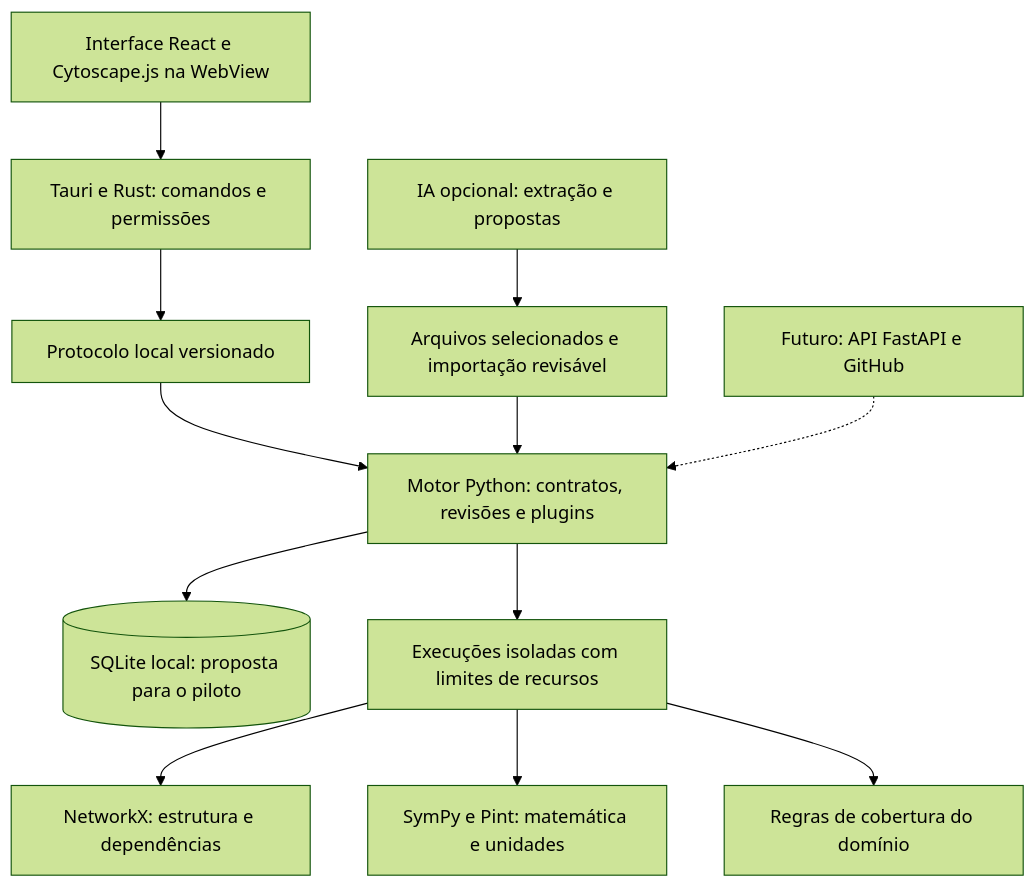
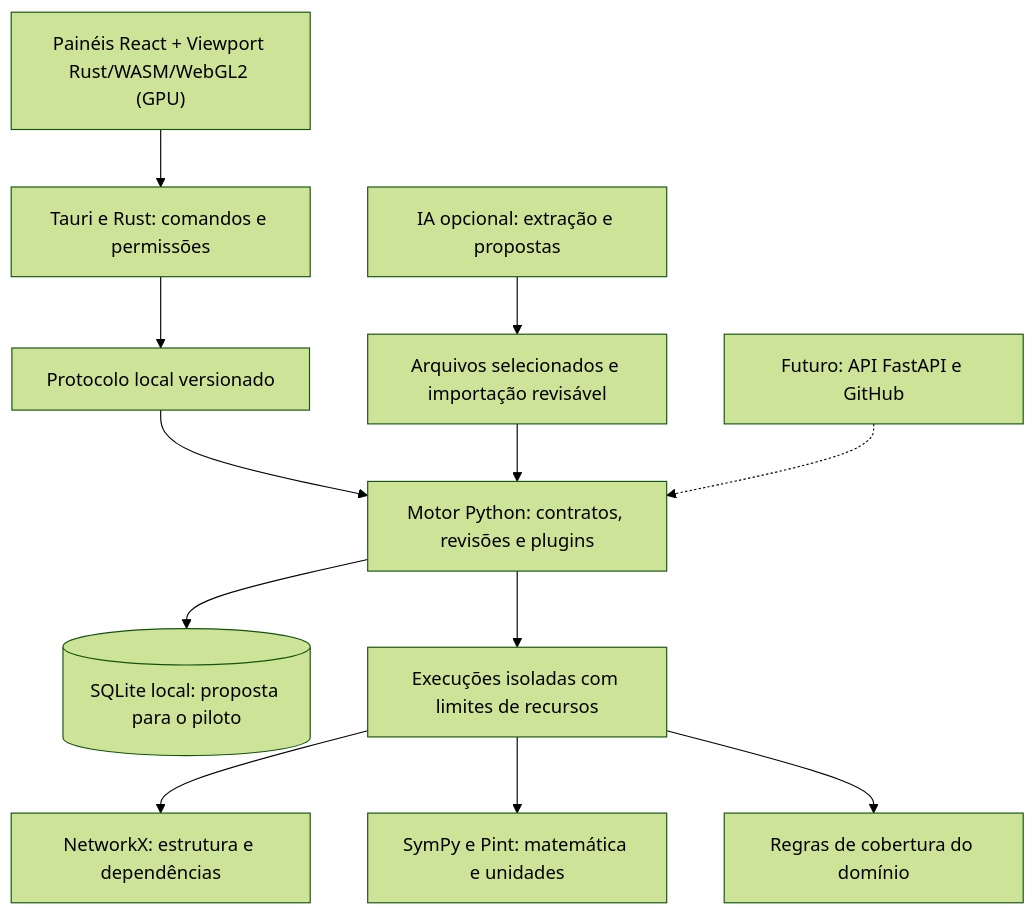
Before and after one commit to guilhermebo0510/Mathematical-Causal-Knowledge-Graph-with-Gap-Analysis: the diagram in docs/RELATORIO_INICIAL.md, drawn with Mermaid (forest theme). The commit also changed other lines of this file and 217 other files, not shown here.

````diff
--- a/docs/RELATORIO_INICIAL.md
+++ b/docs/RELATORIO_INICIAL.md
@@ -64,14 +64,14 @@
 ```mermaid
 flowchart TD
-    UI[Interface React e Cytoscape.js na WebView] --> HOST[Tauri e Rust: comandos e permissões]
+    UI["Painéis React + Viewport Rust/WASM/WebGL2 (GPU)"] --> HOST[Tauri e Rust: comandos e permissões]
     HOST --> IPC[Protocolo local versionado]
     IPC --> CORE[Motor Python: contratos, revisões e plugins]
     CORE --> DB[(SQLite local: proposta para o piloto)]
     CORE --> JOBS[Execuções isoladas com limites de recursos]
     JOBS --> GRAPH[NetworkX: estrutura e dependências]
     JOBS --> MATH[SymPy e Pint: matemática e unidades]
     JOBS --> RULES[Regras de cobertura do domínio]
     IMPORT[Arquivos selecionados e importação revisável] --> CORE
     AI[IA opcional: extração e propostas] --> IMPORT
     FUTURE[Futuro: API FastAPI e GitHub] -.-> CORE
 ```
````
